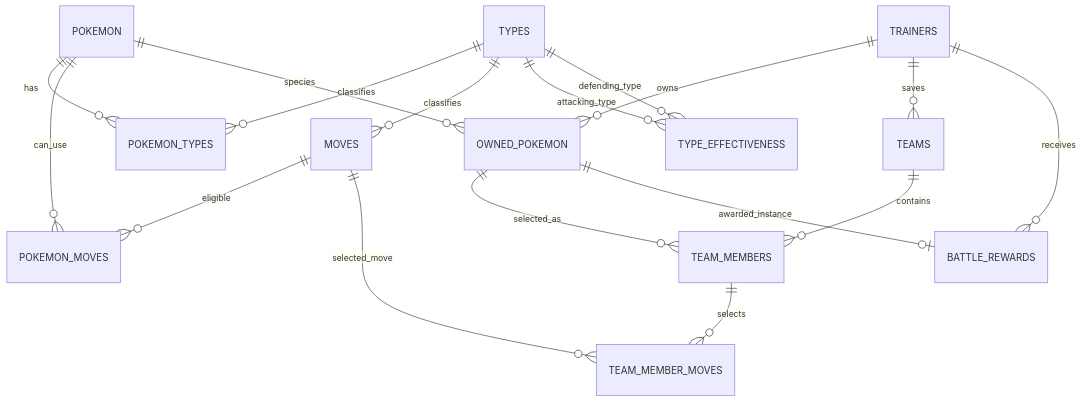
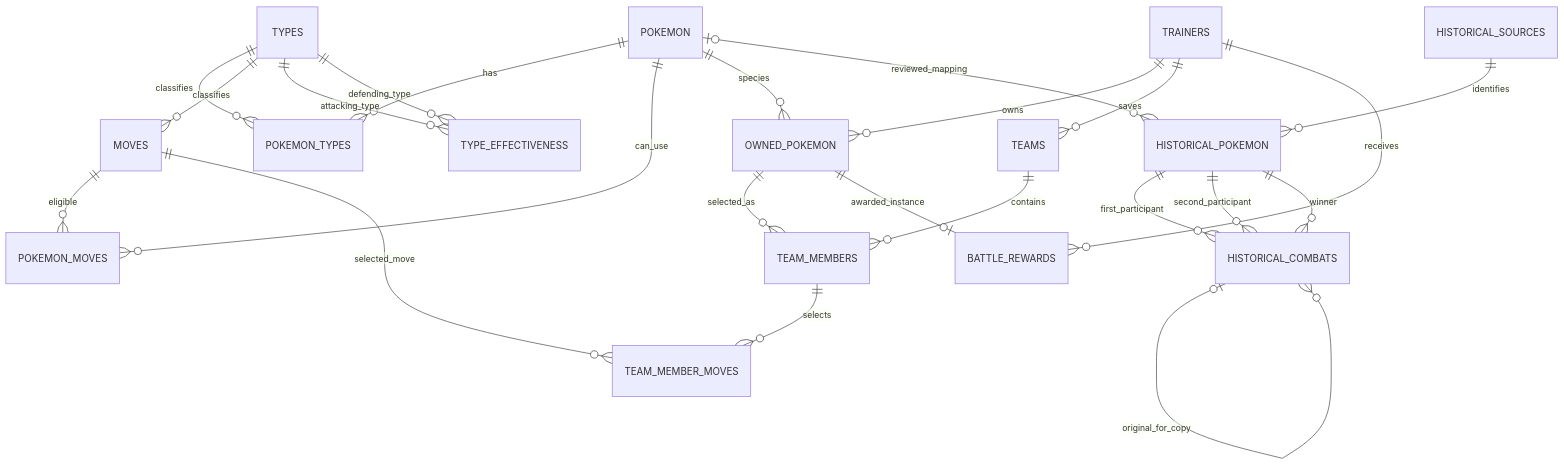
Before and after one commit to xavtsk/database-project: the diagram in docs/diagrams/relational-er.md, drawn with Mermaid. The commit also changed other lines of this file and 37 other files, not shown here.

````diff
--- a/docs/diagrams/relational-er.md
+++ b/docs/diagrams/relational-er.md
@@ -5,19 +5,25 @@
 ```mermaid
 erDiagram
     POKEMON ||--o{ POKEMON_TYPES : has
     TYPES ||--o{ POKEMON_TYPES : classifies
     POKEMON ||--o{ POKEMON_MOVES : can_use
     MOVES ||--o{ POKEMON_MOVES : eligible
     TYPES ||--o{ MOVES : classifies
     TYPES ||--o{ TYPE_EFFECTIVENESS : attacking_type
     TYPES ||--o{ TYPE_EFFECTIVENESS : defending_type
     TRAINERS ||--o{ OWNED_POKEMON : owns
     POKEMON ||--o{ OWNED_POKEMON : species
     TRAINERS ||--o{ TEAMS : saves
     TEAMS ||--o{ TEAM_MEMBERS : contains
     OWNED_POKEMON ||--o{ TEAM_MEMBERS : selected_as
     TEAM_MEMBERS ||--o{ TEAM_MEMBER_MOVES : selects
     MOVES ||--o{ TEAM_MEMBER_MOVES : selected_move
     TRAINERS ||--o{ BATTLE_REWARDS : receives
     OWNED_POKEMON ||--o| BATTLE_REWARDS : awarded_instance
+    HISTORICAL_SOURCES ||--o{ HISTORICAL_POKEMON : identifies
+    POKEMON o|--o{ HISTORICAL_POKEMON : reviewed_mapping
+    HISTORICAL_POKEMON ||--o{ HISTORICAL_COMBATS : first_participant
+    HISTORICAL_POKEMON ||--o{ HISTORICAL_COMBATS : second_participant
+    HISTORICAL_POKEMON ||--o{ HISTORICAL_COMBATS : winner
+    HISTORICAL_COMBATS o|--o{ HISTORICAL_COMBATS : original_for_copy
 ```
````
